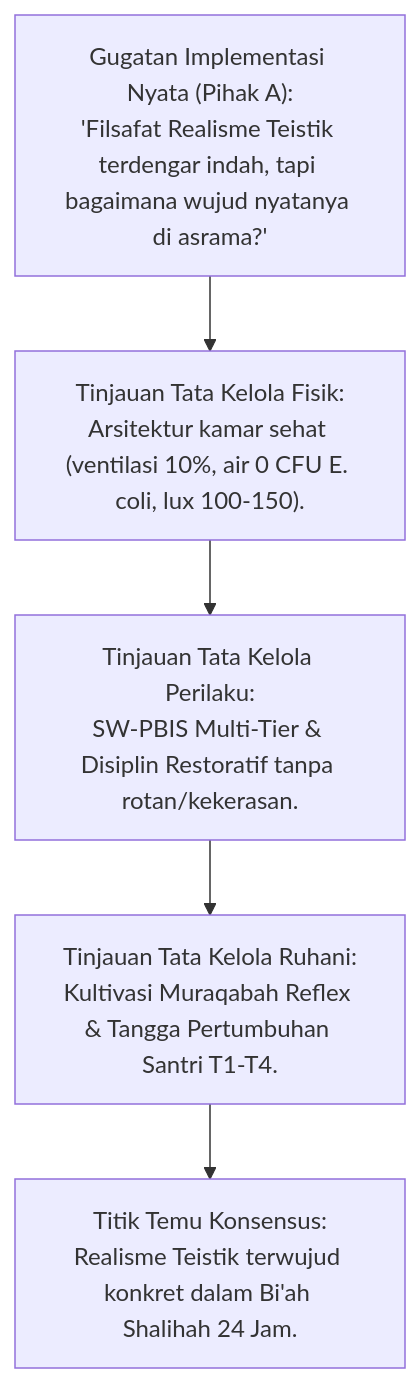
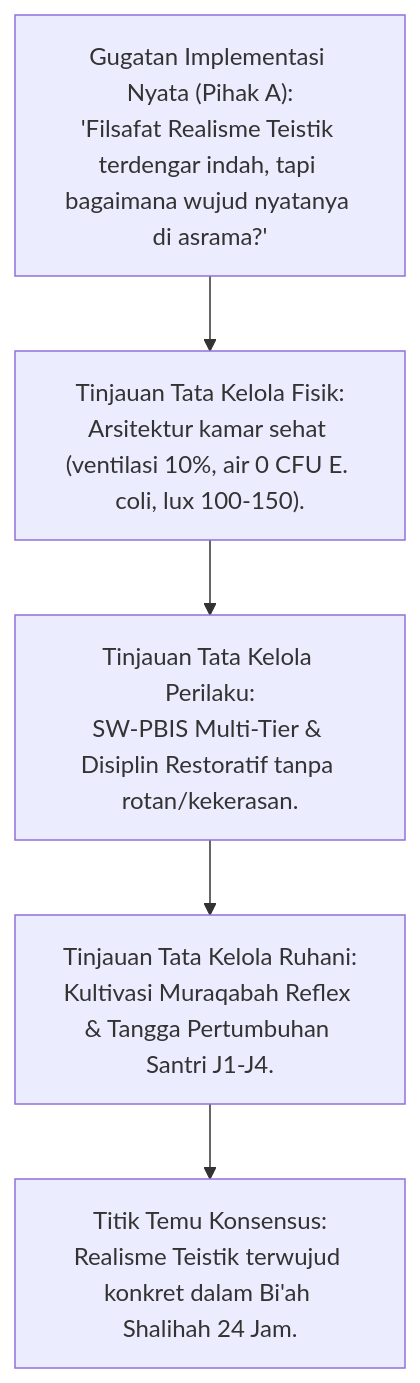
Before and after one commit to wandiapriliyandi/tumbuh: the seventh of 8 diagrams in 01 Philosophy/01 Worldview/01 Hakikat Realitas/P1-01-01-05-Sintesis-Filosofis.md, drawn with Mermaid. The commit also changed other lines of this file and 209 other files, not shown here.

````diff
--- a/01 Philosophy/01 Worldview/01 Hakikat Realitas/P1-01-01-05-Sintesis-Filosofis.md
+++ b/01 Philosophy/01 Worldview/01 Hakikat Realitas/P1-01-01-05-Sintesis-Filosofis.md
@@ -273,8 +273,8 @@
 ```mermaid
 flowchart TD
     A["Gugatan Implementasi Nyata (Pihak A):<br/>'Filsafat Realisme Teistik terdengar indah, tapi bagaimana wujud nyatanya di asrama?'"]
     --> B1["Tinjauan Tata Kelola Fisik:<br/>Arsitektur kamar sehat (ventilasi 10%, air 0 CFU E. coli, lux 100-150)."]
     B1 --> B2["Tinjauan Tata Kelola Perilaku:<br/>SW-PBIS Multi-Tier & Disiplin Restoratif tanpa rotan/kekerasan."]
-    B2 --> B3["Tinjauan Tata Kelola Ruhani:<br/>Kultivasi Muraqabah Reflex & Tangga Pertumbuhan Santri T1-T4."]
+    B2 --> B3["Tinjauan Tata Kelola Ruhani:<br/>Kultivasi Muraqabah Reflex & Tangga Pertumbuhan Santri J1-J4."]
     B3 --> C["Titik Temu Konsensus:<br/>Realisme Teistik terwujud konkret dalam Bi'ah Shalihah 24 Jam."]
 ```
````
